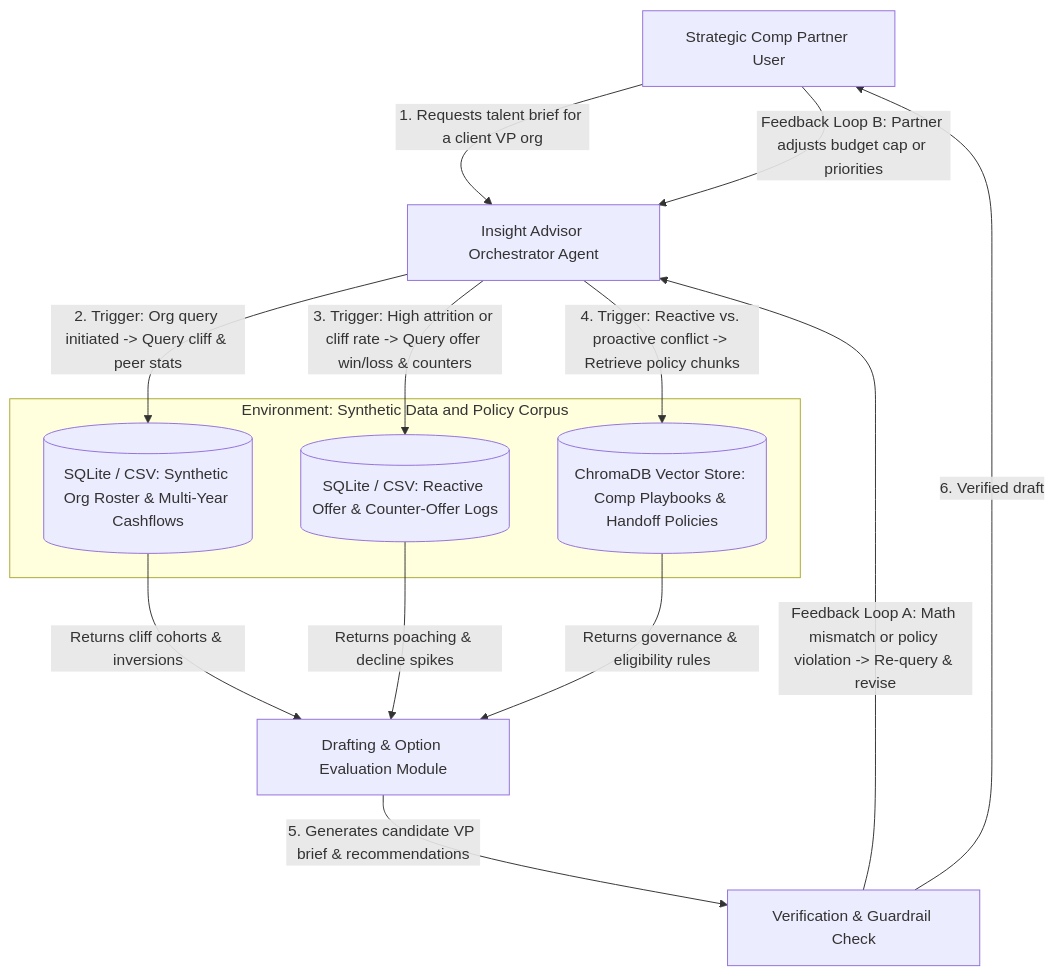
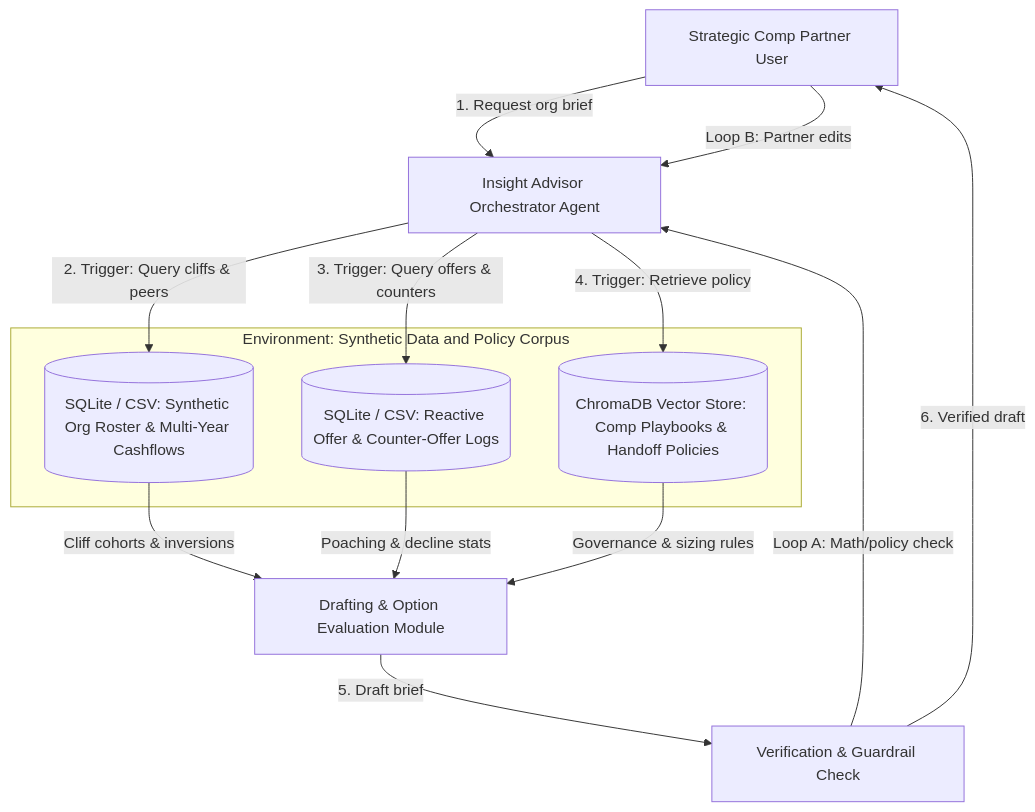
Before and after one commit to pedrogriff/comp-insight-advisor: the diagram in checkpoints/checkpoint_1_1.md, drawn with Mermaid. The commit also changed 2 other files, not shown here.

Commit message:
style: optimize Checkpoint 1.1 PDF diagram typography and clean section 5 ending

````diff
--- a/checkpoints/checkpoint_1_1.md
+++ b/checkpoints/checkpoint_1_1.md
@@ -5,24 +5,24 @@
 ```mermaid
 flowchart TD
-    User["Strategic Comp Partner User"] -->|"1. Requests talent brief for a client VP org"| Orch["Insight Advisor Orchestrator Agent"]
+    User["Strategic Comp Partner User"] -->|"1. Request org brief"| Orch["Insight Advisor Orchestrator Agent"]
     
     subgraph Env["Environment: Synthetic Data and Policy Corpus"]
         DB1[("SQLite / CSV: Synthetic Org Roster & Multi-Year Cashflows")]
         DB2[("SQLite / CSV: Reactive Offer & Counter-Offer Logs")]
         RAG[("ChromaDB Vector Store: Comp Playbooks & Handoff Policies")]
     end
 
-    Orch -->|"2. Trigger: Org query initiated -> Query cliff & peer stats"| DB1
-    Orch -->|"3. Trigger: High attrition or cliff rate -> Query offer win/loss & counters"| DB2
-    Orch -->|"4. Trigger: Reactive vs. proactive conflict -> Retrieve policy chunks"| RAG
+    Orch -->|"2. Trigger: Query cliffs & peers"| DB1
+    Orch -->|"3. Trigger: Query offers & counters"| DB2
+    Orch -->|"4. Trigger: Retrieve policy"| RAG
 
-    DB1 -->|"Returns cliff cohorts & inversions"| Synth["Drafting & Option Evaluation Module"]
-    DB2 -->|"Returns poaching & decline spikes"| Synth
-    RAG -->|"Returns governance & eligibility rules"| Synth
+    DB1 -->|"Cliff cohorts & inversions"| Synth["Drafting & Option Evaluation Module"]
+    DB2 -->|"Poaching & decline stats"| Synth
+    RAG -->|"Governance & sizing rules"| Synth
 
-    Synth -->|"5. Generates candidate VP brief & recommendations"| Verifier["Verification & Guardrail Check"]
+    Synth -->|"5. Draft brief"| Verifier["Verification & Guardrail Check"]
     
-    Verifier -->|"Feedback Loop A: Math mismatch or policy violation -> Re-query & revise"| Orch
+    Verifier -->|"Loop A: Math/policy check"| Orch
     Verifier -->|"6. Verified draft"| User
-    User -->|"Feedback Loop B: Partner adjusts budget cap or priorities"| Orch
+    User -->|"Loop B: Partner edits"| Orch
 ```
````
